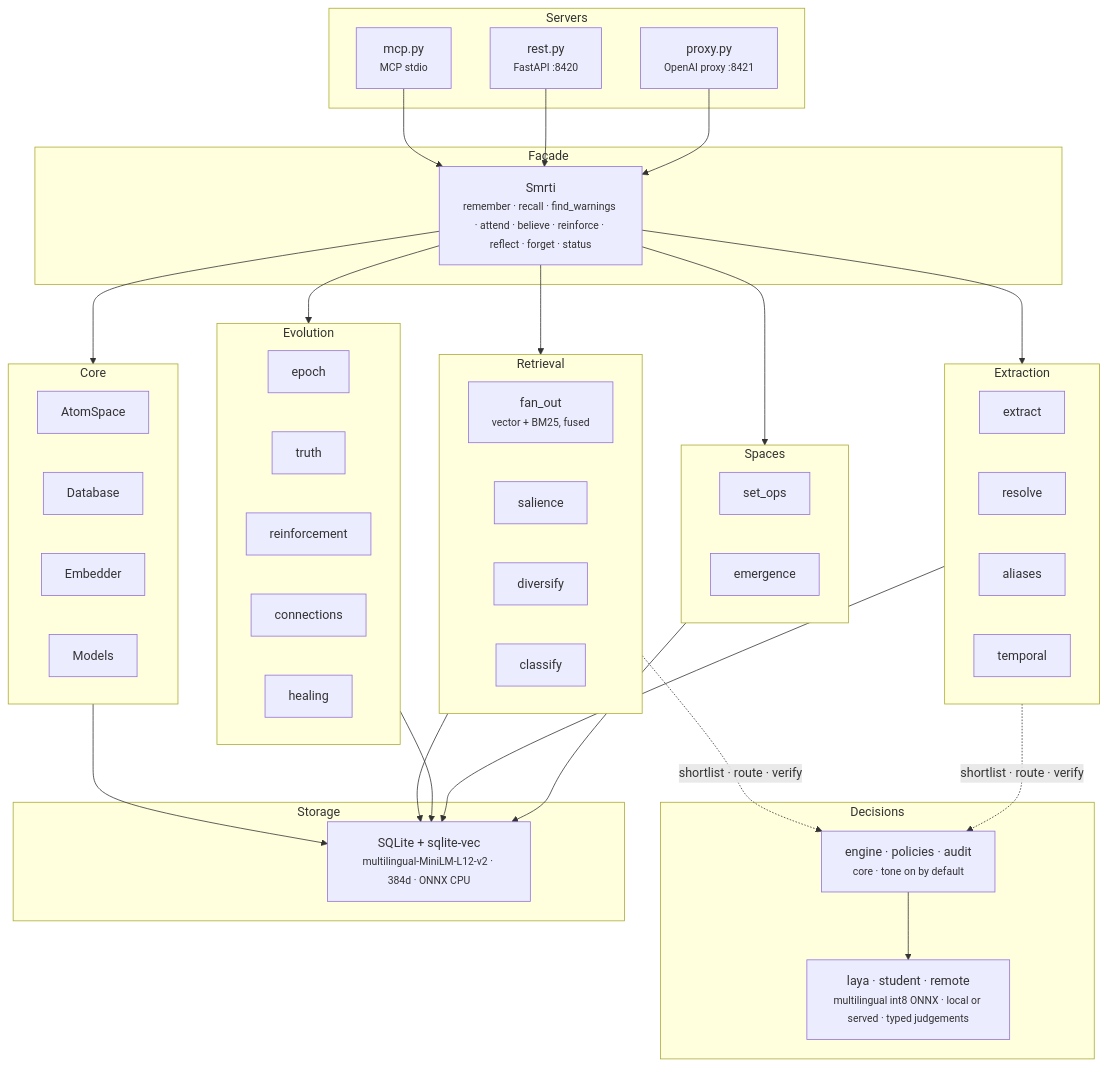
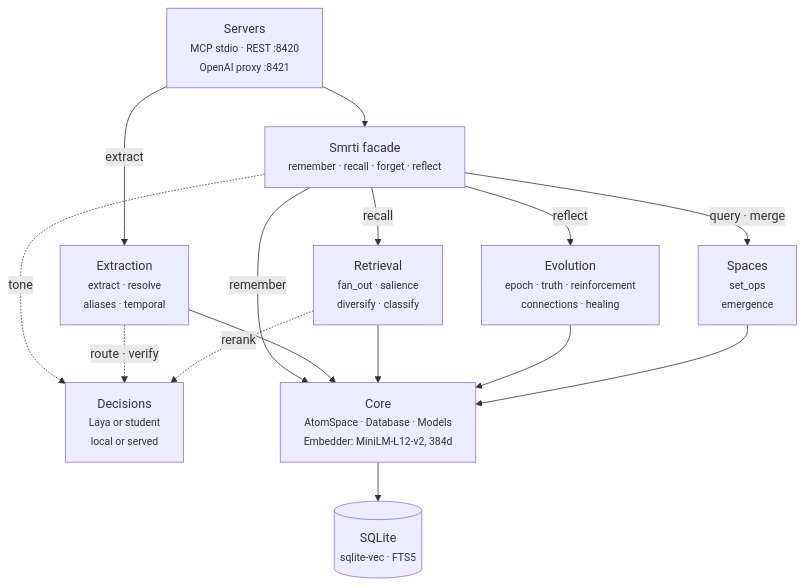
One commit to cyqlelabs/smrti changed the diagram in README.md. Above: the diagram before and after it, drawn with Mermaid. The commit also changed other lines of this file, not shown here.

Commit message:
docs: shorten the decisions and benchmarks sections, compact the architecture diagram

````diff
--- a/README.md
+++ b/README.md
@@ -522,61 +510,24 @@
 ```mermaid
-graph TD
-    subgraph Facade
-        S["Smrti<br/><small>remember · recall · find_warnings · attend · believe · reinforce · reflect · forget · status</small>"]
-    end
+flowchart TB
+    SRV["Servers<br/><small>MCP stdio · REST :8420<br/>OpenAI proxy :8421</small>"]
+    S["Smrti facade<br/><small>remember · recall · forget · reflect</small>"]
+    EXT["Extraction<br/><small>extract · resolve<br/>aliases · temporal</small>"]
+    RET["Retrieval<br/><small>fan_out · salience<br/>diversify · classify</small>"]
+    EVO["Evolution<br/><small>epoch · truth · reinforcement<br/>connections · healing</small>"]
+    SPA["Spaces<br/><small>set_ops<br/>emergence</small>"]
+    DEC["Decisions<br/><small>Laya or student<br/>local or served</small>"]
+    CORE["Core<br/><small>AtomSpace · Database · Models<br/>Embedder: MiniLM-L12-v2, 384d</small>"]
+    SQL[("SQLite<br/><small>sqlite-vec · FTS5</small>")]
 
-    subgraph Servers
-        MCP["mcp.py<br/><small>MCP stdio</small>"]
-        REST["rest.py<br/><small>FastAPI :8420</small>"]
-        PROXY["proxy.py<br/><small>OpenAI proxy :8421</small>"]
-    end
-
-    subgraph Core
-        AS["AtomSpace"]
-        DB["Database"]
-        EMB["Embedder"]
-        MOD["Models"]
-    end
-
-    subgraph Retrieval
-        FAN["fan_out<br/><small>vector + BM25, fused</small>"]
-        SAL["salience"]
-        DIV["diversify"]
-        CLS["classify"]
-    end
-
-    subgraph Evolution
-        EPO["epoch"]
-        TRU["truth"]
-        REI["reinforcement"]
-        CON["connections"]
-        HEA["healing"]
-    end
-
-    subgraph Spaces
-        SOP["set_ops"]
-        EMG["emergence"]
-    end
-
-    subgraph Extraction
-        EXT["extract"]
-        RES["resolve"]
-        ALI["aliases"]
-        TMP["temporal"]
-    end
-
-    subgraph Decisions
-        DEC["engine · policies · audit<br/><small>core · tone on by default</small>"]
-        LAYA["laya · student · remote<br/><small>multilingual int8 ONNX · local or served · typed judgements</small>"]
-    end
-
-    subgraph Storage
-        SQL["SQLite + sqlite-vec<br/><small>multilingual-MiniLM-L12-v2 · 384d · ONNX CPU</small>"]
-    end
-
-    MCP & REST & PROXY --> S
-    S --> Core & Retrieval & Evolution & Extraction & Spaces
-    Retrieval & Extraction -.->|"shortlist · route · verify"| DEC
-    DEC --> LAYA
-    Core & Retrieval & Evolution & Extraction & Spaces --> SQL
+    SRV --> S
+    SRV -->|extract| EXT
+    S -->|recall| RET
+    S -->|reflect| EVO
+    S -->|"query · merge"| SPA
+    S -->|remember| CORE
+    S -.->|tone| DEC
+    EXT -.->|"route · verify"| DEC
+    RET -.->|rerank| DEC
+    EXT & RET & EVO & SPA --> CORE
+    CORE --> SQL
 ```
````
